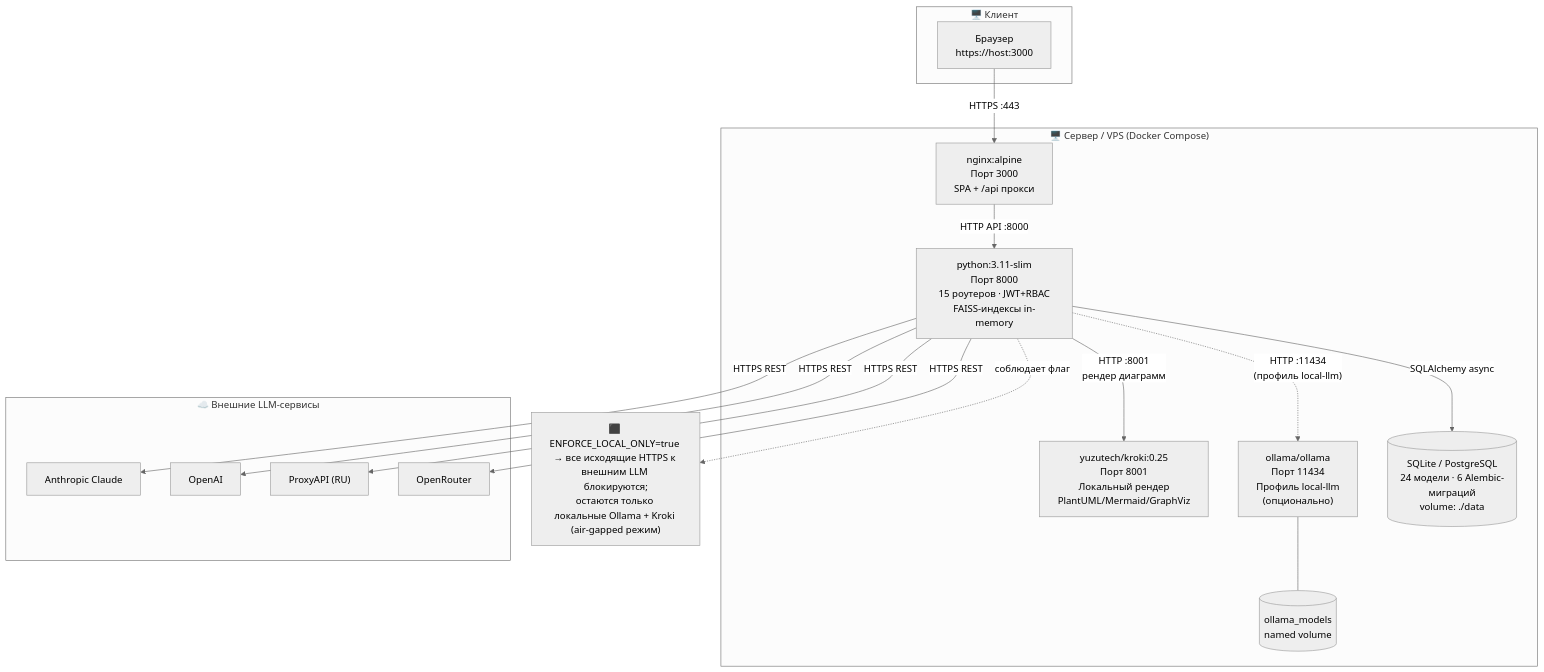
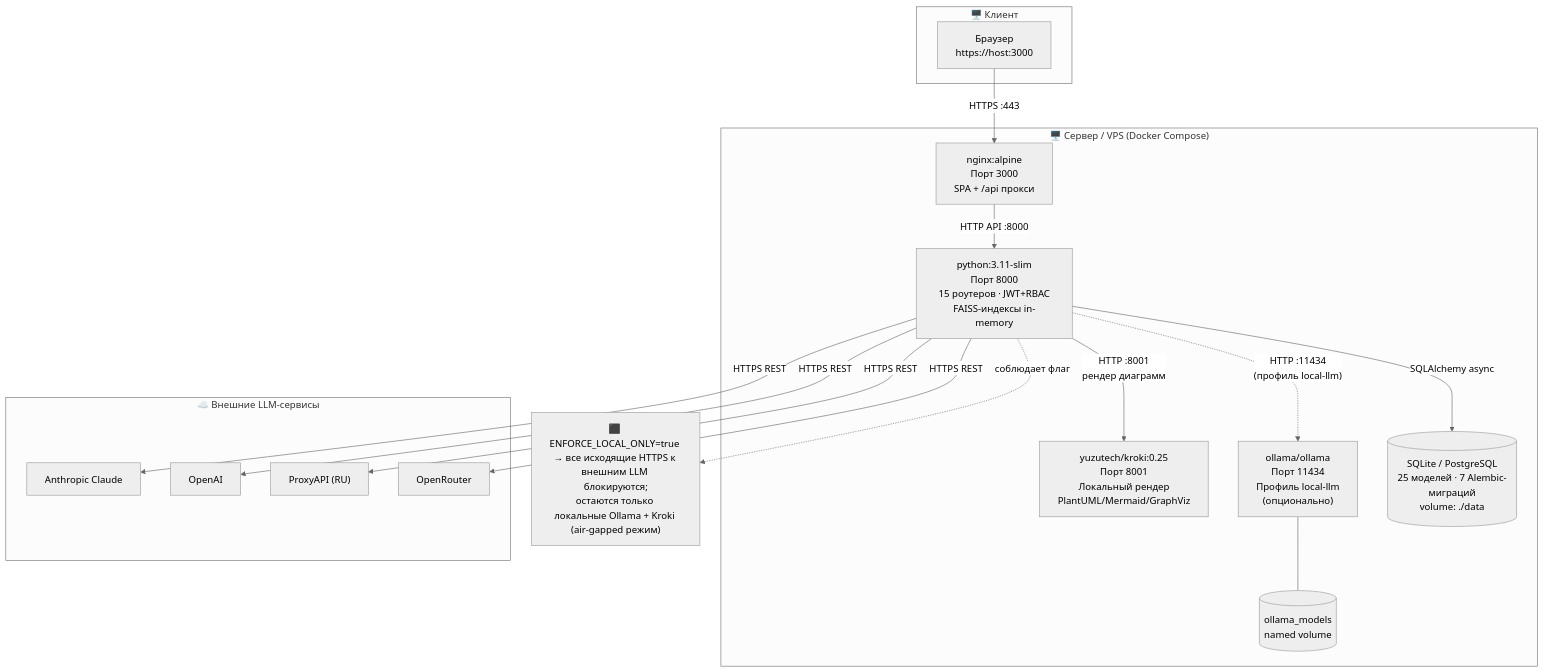
One commit to MatveiV/Analyst-Architect-AI changed the first of 2 diagrams in docs/admin-guide-ru.md. Above: the diagram before and after it, drawn with Mermaid (neutral theme). The commit also changed other lines of this file and 12 other files, not shown here.

Commit message:
Docs+diagrams: reflect spec_documents/kb_documents split, persistence of needs_review reasons, add ER + Variant 2/5 sequence diagrams

````diff
--- a/docs/admin-guide-ru.md
+++ b/docs/admin-guide-ru.md
@@ -350,37 +353,37 @@
 ```mermaid
 graph TB
     subgraph Client["🖥️ Клиент"]
         Browser["Браузер\nhttps://host:3000"]
     end
 
     subgraph Server["🖥️ Сервер / VPS (Docker Compose)"]
         Nginx["nginx:alpine\nПорт 3000\nSPA + /api прокси"]
         FastAPI["python:3.11-slim\nПорт 8000\n15 роутеров · JWT+RBAC\nFAISS-индексы in-memory"]
         Kroki["yuzutech/kroki:0.25\nПорт 8001\nЛокальный рендер\nPlantUML/Mermaid/GraphViz"]
         Ollama["ollama/ollama\nПорт 11434\nПрофиль local-llm\n(опционально)"]
-        DB[("SQLite / PostgreSQL\n24 модели · 6 Alembic-миграций\nvolume: ./data")]
+        DB[("SQLite / PostgreSQL\n25 моделей · 7 Alembic-миграций\nvolume: ./data")]
         VolOllama[("ollama_models\nnamed volume")]
     end
 
     subgraph External["☁️ Внешние LLM-сервисы"]
         Claude["Anthropic Claude"]
         OpenAI["OpenAI"]
         ProxyAPI["ProxyAPI (RU)"]
         OpenRouter["OpenRouter"]
     end
 
     Browser -->|"HTTPS :443"| Nginx
     Nginx -->|"HTTP API :8000"| FastAPI
     FastAPI -->|"SQLAlchemy async"| DB
     FastAPI -->|"HTTP :8001\nрендер диаграмм"| Kroki
     FastAPI -.->|"HTTP :11434\n(профиль local-llm)"| Ollama
     Ollama --- VolOllama
 
     FastAPI -->|"HTTPS REST"| Claude
     FastAPI -->|"HTTPS REST"| OpenAI
     FastAPI -->|"HTTPS REST"| ProxyAPI
     FastAPI -->|"HTTPS REST"| OpenRouter
 
     note["⬛ ENFORCE_LOCAL_ONLY=true → все исходящие HTTPS к внешним LLM блокируются;\nостаются только локальные Ollama + Kroki (air-gapped режим)"]
     FastAPI -.->|"соблюдает флаг"| note
 ```
````
